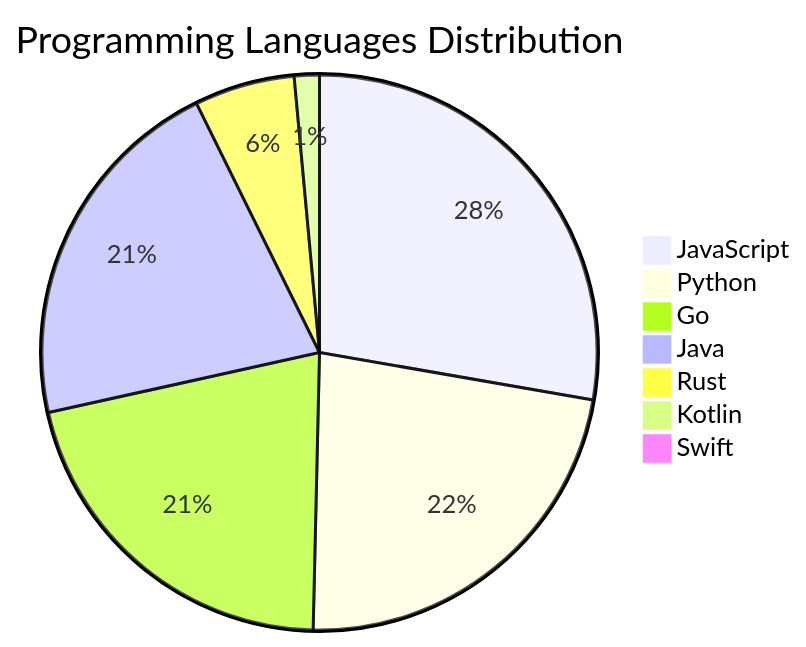
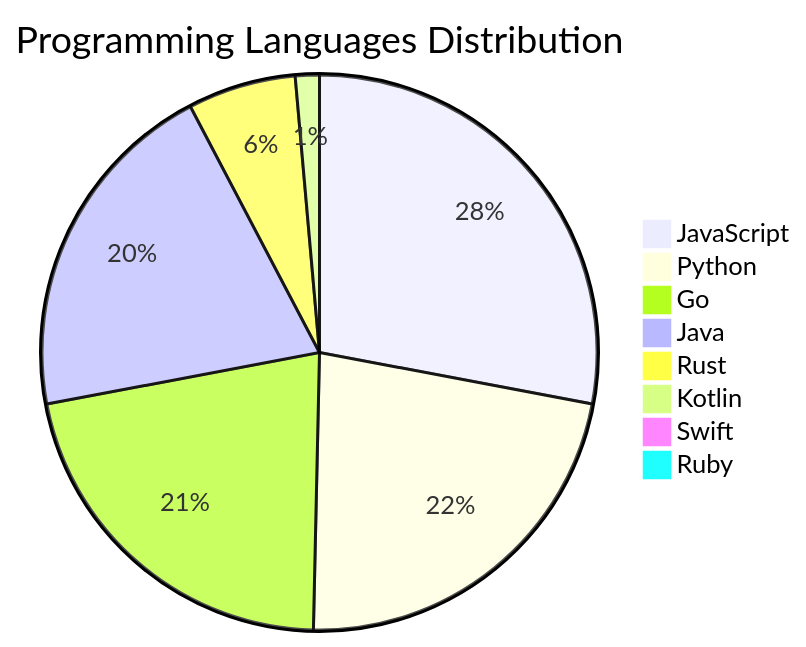
One commit to Derrick-MUGISHA/github-activity-bot changed the diagram in README.md. Above: the diagram before and after it, drawn with Mermaid. The commit also changed other lines of this file and 4 other files, not shown here.

````diff
--- a/README.md
+++ b/README.md
@@ -209,10 +211,11 @@
 ```mermaid
 pie title Programming Languages Distribution
-    "JavaScript" : 38
-    "Python" : 31
-    "Go" : 29
+    "JavaScript" : 40
+    "Python" : 32
+    "Go" : 31
     "Java" : 29
-    "Rust" : 8
+    "Rust" : 9
     "Kotlin" : 2
     "Swift" : 1
+    "Ruby" : 1
 ```
````
